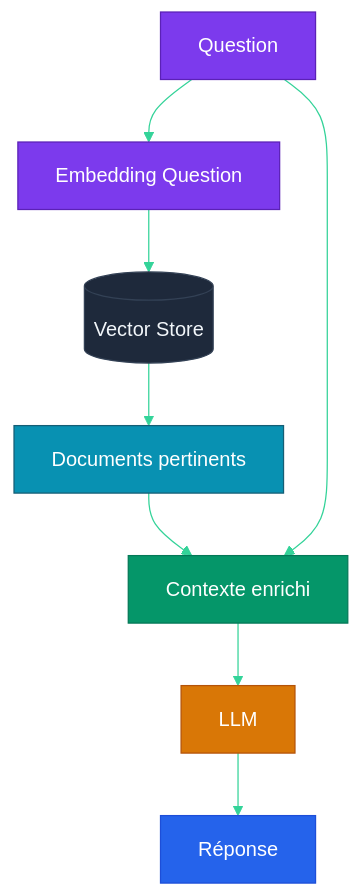
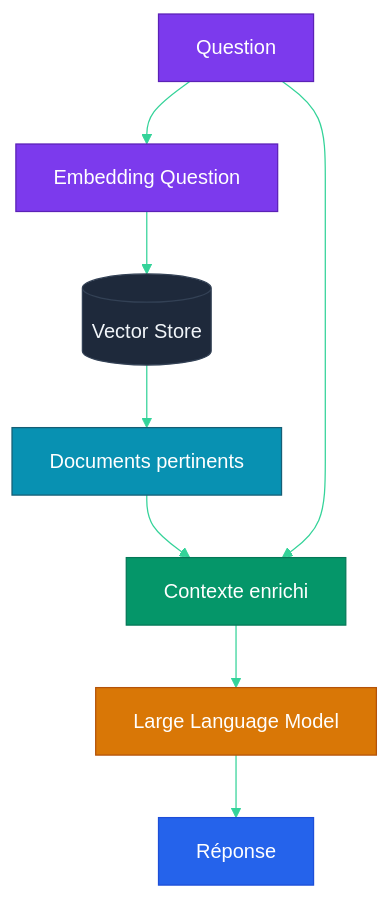
One commit to yugmerabtene/sdv-agentic changed the fourth of 5 diagrams in CHAPITRE-05-memoire-rag.md. Above: the diagram before and after it, drawn with Mermaid. The commit also changed other lines of this file and 11 other files, not shown here.

````diff
--- a/CHAPITRE-05-memoire-rag.md
+++ b/CHAPITRE-05-memoire-rag.md
@@ -168,23 +183,23 @@
 ```mermaid
 %%{init: {'theme': 'base', 'themeVariables': {
   'primaryColor': '#059669',
   'primaryTextColor': '#fff',
   'lineColor': '#34d399'
 }}}%%
 graph TD
     Q[Question] --> E[Embedding Question]
     E --> R[(Vector Store)]
     R --> D[Documents pertinents]
     D --> C[Contexte enrichi]
     Q --> C
-    C --> LLM[LLM]
+    C --> LLM[Large Language Model]
     LLM --> A[Réponse]
     
     style Q fill:#7c3aed,color:#fff,stroke:#5b21b6
     style E fill:#7c3aed,color:#fff,stroke:#5b21b6
     style R fill:#1e293b,color:#f1f5f9,stroke:#334155
     style D fill:#0891b2,color:#fff,stroke:#155e75
     style C fill:#059669,color:#fff,stroke:#047857
     style LLM fill:#d97706,color:#fff,stroke:#b45309
     style A fill:#2563eb,color:#fff,stroke:#1d4ed8
 ```
````
